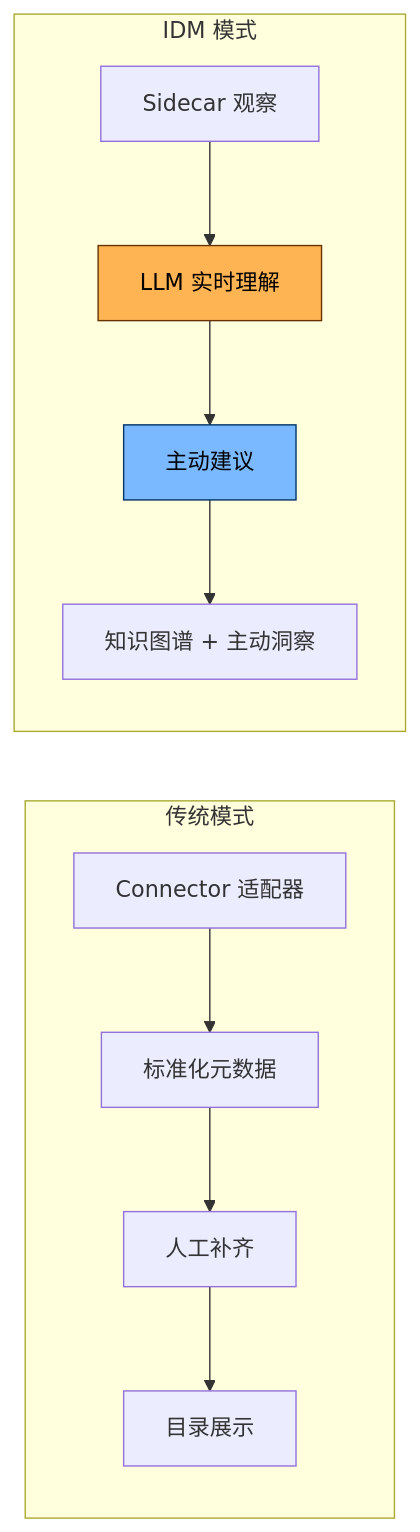
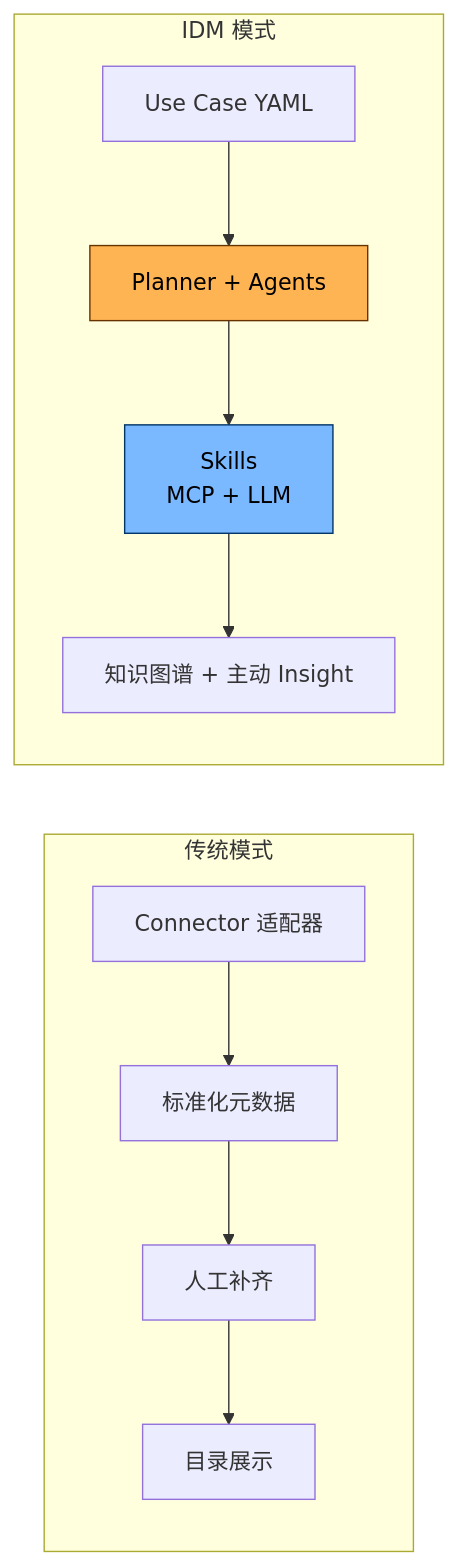
Before and after one commit to gavenlv/idm: the first of 8 diagrams in docs/design/architecture.md, drawn with Mermaid. The commit also changed other lines of this file and 92 other files, not shown here.

````diff
--- a/docs/design/architecture.md
+++ b/docs/design/architecture.md
@@ -66,11 +73,11 @@
 ```mermaid
 flowchart LR
     subgraph 传统模式
         T1[Connector 适配器] --> T2[标准化元数据] --> T3[人工补齐] --> T4[目录展示]
     end
     subgraph IDM 模式
-        I1[Sidecar 观察] --> I2[LLM 实时理解] --> I3[主动建议] --> I4[知识图谱 + 主动洞察]
+        I1[Use Case YAML] --> I2[Planner + Agents] --> I3[Skills<br/>MCP + LLM] --> I4[知识图谱 + 主动 Insight]
     end
     style I2 fill:#FFB454,stroke:#663300,color:#000
     style I3 fill:#7AB8FF,stroke:#003366,color:#000
 ```
````
